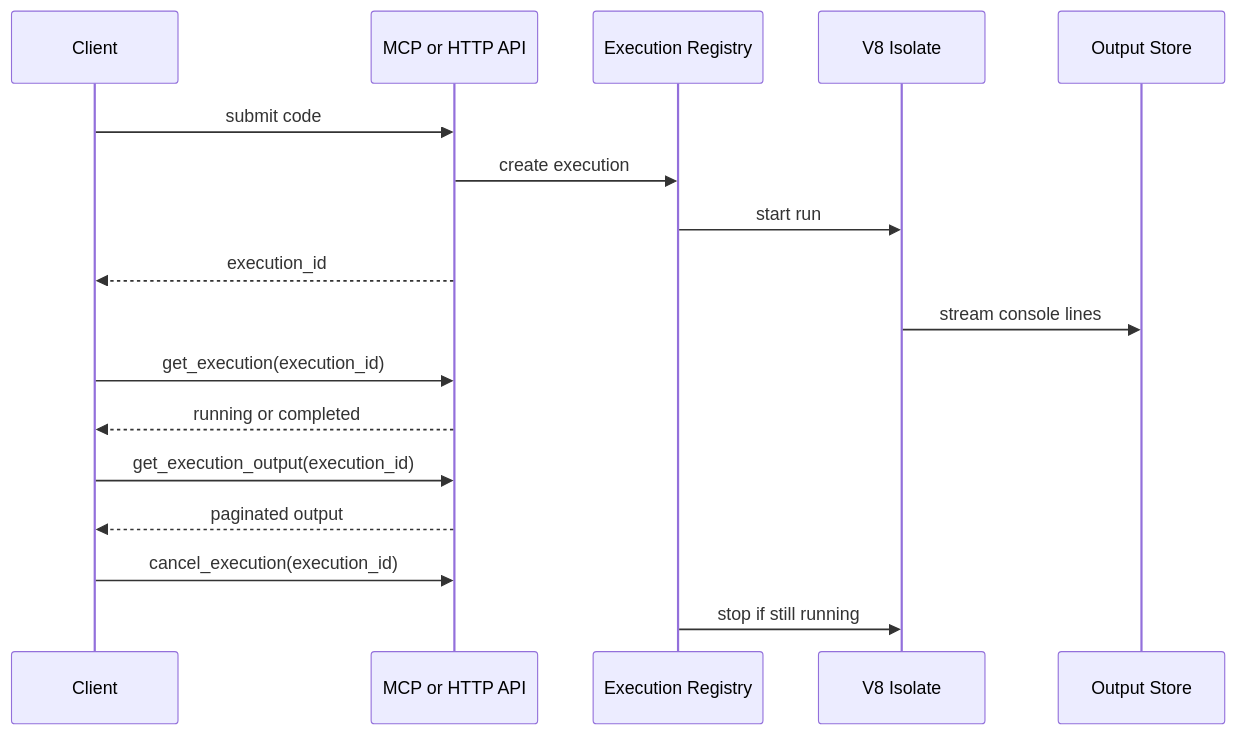
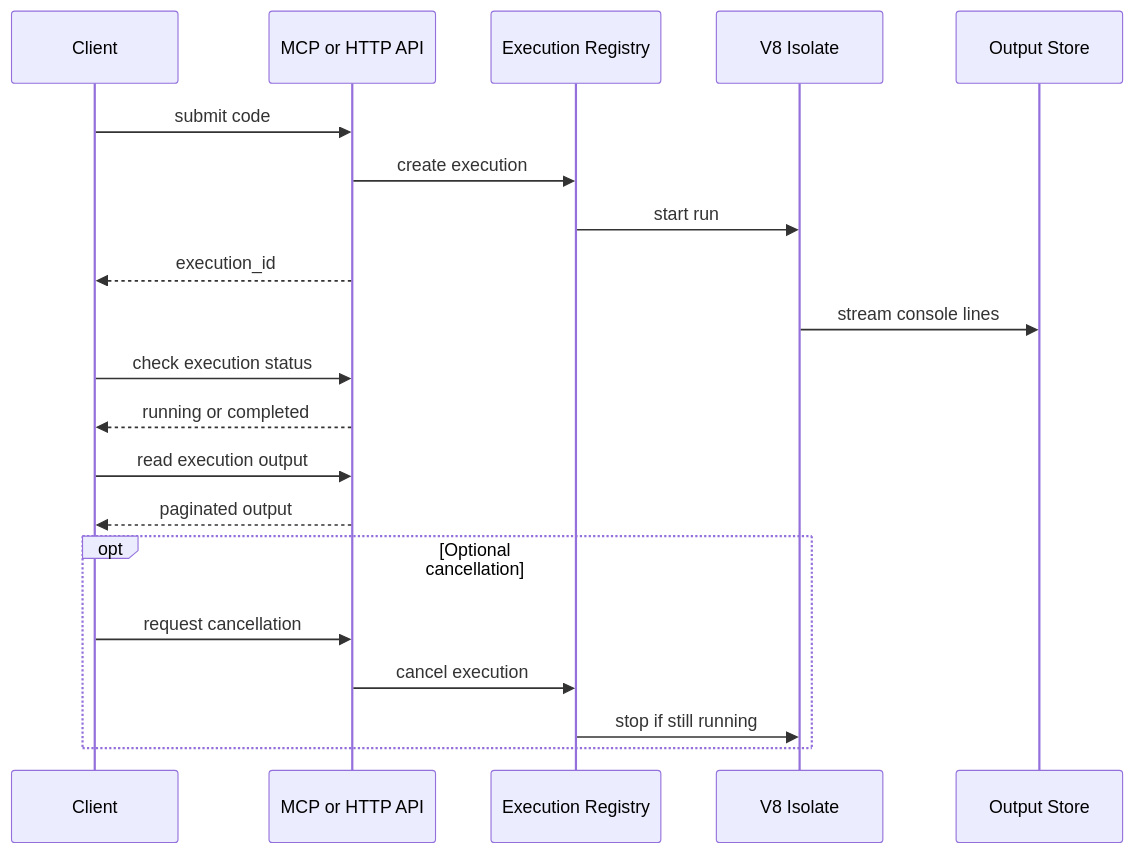
Before and after one commit to r33drichards/mcp-js: the diagram in site-docs/concepts/execution-model.md, drawn with Mermaid. The commit also changed other lines of this file, not shown here.

Commit message:
docs: clarify execution lifecycle diagram

````diff
--- a/site-docs/concepts/execution-model.md
+++ b/site-docs/concepts/execution-model.md
@@ -17,20 +17,23 @@
 ```mermaid
 sequenceDiagram
   participant Client
-  participant MCP as MCP or HTTP API
+  participant Interface as MCP or HTTP API
   participant Registry as Execution Registry
   participant V8 as V8 Isolate
   participant Output as Output Store
 
-  Client->>MCP: submit code
-  MCP->>Registry: create execution
+  Client->>Interface: submit code
+  Interface->>Registry: create execution
   Registry->>V8: start run
-  MCP-->>Client: execution_id
+  Interface-->>Client: execution_id
   V8->>Output: stream console lines
-  Client->>MCP: get_execution(execution_id)
-  MCP-->>Client: running or completed
-  Client->>MCP: get_execution_output(execution_id)
-  MCP-->>Client: paginated output
-  Client->>MCP: cancel_execution(execution_id)
-  Registry->>V8: stop if still running
+  Client->>Interface: check execution status
+  Interface-->>Client: running or completed
+  Client->>Interface: read execution output
+  Interface-->>Client: paginated output
+  opt Optional cancellation
+    Client->>Interface: request cancellation
+    Interface->>Registry: cancel execution
+    Registry->>V8: stop if still running
+  end
 ```
````
